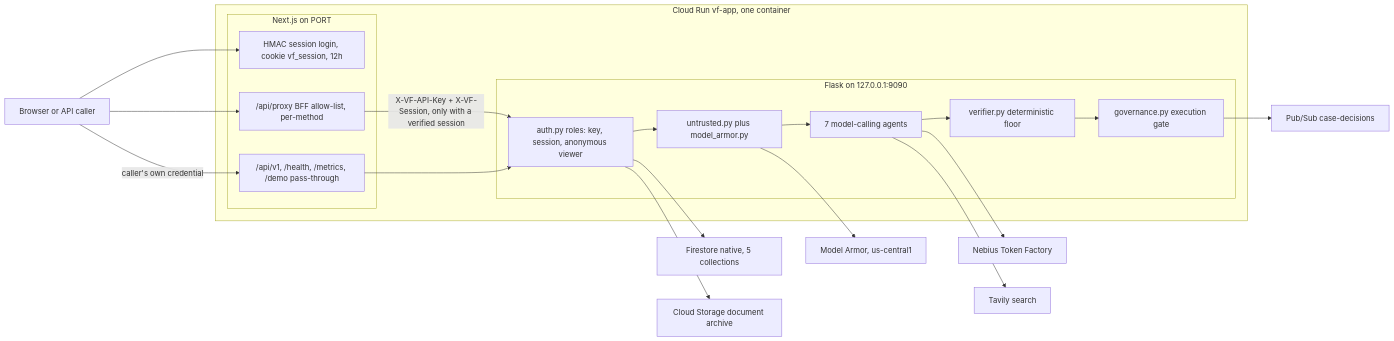
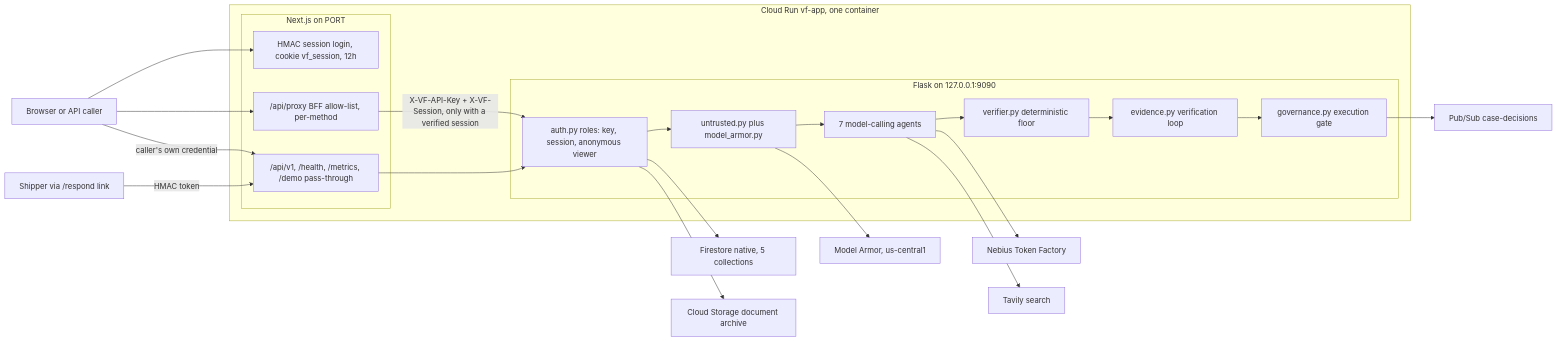
Before and after one commit to hoachauphuoc/vf-logistics-nebius-nvidia: the first of 4 diagrams in docs/ARCHITECTURE.md, drawn with Mermaid. The commit also changed other lines of this file and 19 other files, not shown here.

Commit message:
Replace outdated architecture PNG and screenshots with mermaid diagrams in ARCHITECTURE.md

````diff
--- a/docs/ARCHITECTURE.md
+++ b/docs/ARCHITECTURE.md
@@ -34,42 +34,45 @@
 ```mermaid
 flowchart LR
     Browser["Browser or API caller"]
 
     subgraph app [Cloud Run vf-app, one container]
         subgraph next [Next.js on PORT]
             Login["HMAC session login, cookie vf_session, 12h"]
             Proxy["/api/proxy BFF allow-list, per-method"]
             Pass["/api/v1, /health, /metrics, /demo pass-through"]
         end
         subgraph flask [Flask on 127.0.0.1:9090]
             Auth["auth.py roles: key, session, anonymous viewer"]
             Gate["untrusted.py plus model_armor.py"]
             Agents["7 model-calling agents"]
             Verifier["verifier.py deterministic floor"]
+            Evidence["evidence.py verification loop"]
             Governance["governance.py execution gate"]
         end
     end
 
     Nebius["Nebius Token Factory"]
     Tavily["Tavily search"]
     Armor["Model Armor, us-central1"]
     FS["Firestore native, 5 collections"]
     GCS["Cloud Storage document archive"]
     PS["Pub/Sub case-decisions"]
 
     Browser --> Login
     Browser --> Proxy
     Browser -->|"caller's own credential"| Pass
+    Shipper["Shipper via /respond link"] -->|"HMAC token"| Pass
     Proxy -->|"X-VF-API-Key + X-VF-Session, only with a verified session"| Auth
     Pass --> Auth
     Auth --> Gate
     Gate --> Armor
     Gate --> Agents
     Agents --> Nebius
     Agents --> Tavily
     Agents --> Verifier
-    Verifier --> Governance
+    Verifier --> Evidence
+    Evidence --> Governance
     Governance --> PS
     Auth --> FS
     Auth --> GCS
 ```
````
